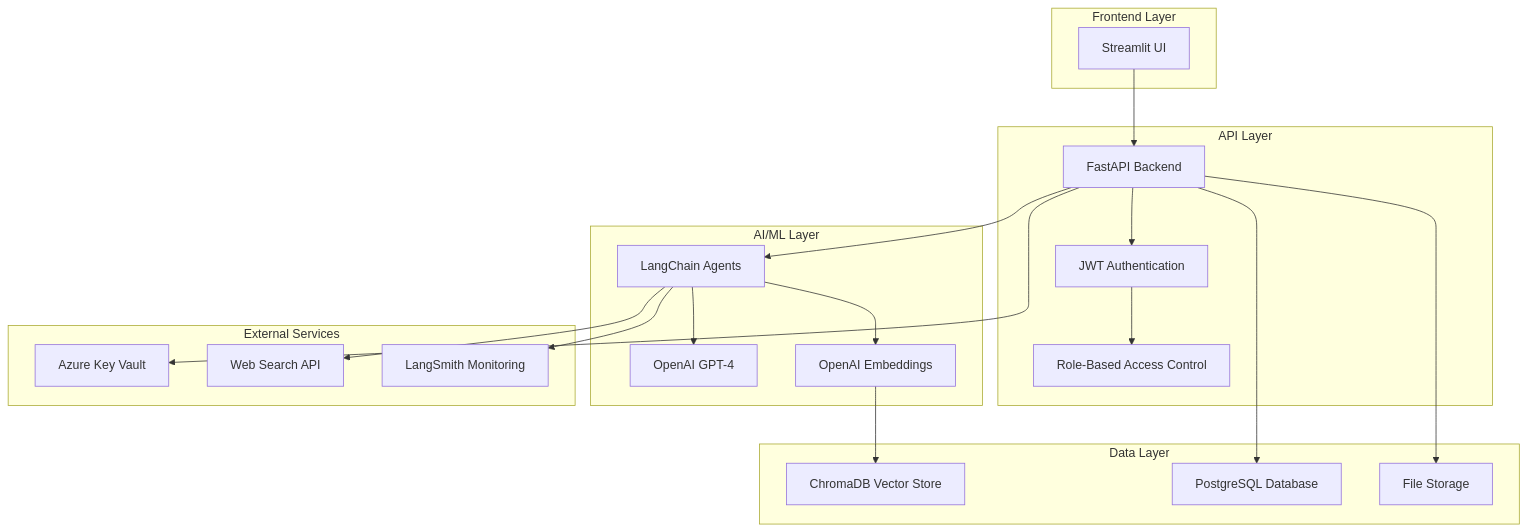
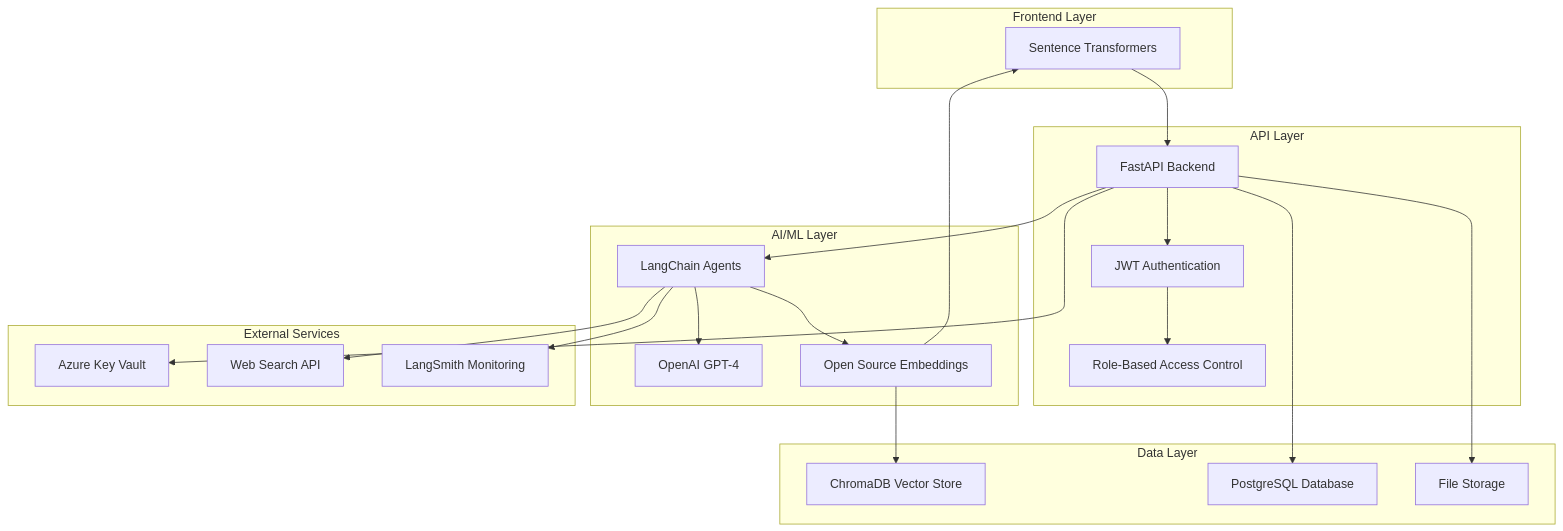
Before and after one commit to Srujankatukam/AI-Powered-Role-Based-Knowledge-Assistant: the diagram in README.md, drawn with Mermaid. The commit also changed other lines of this file and 13 other files, not shown here.

First line of the commit message:
feat: Implement open-source embeddings and admin endpoints

````diff
--- a/README.md
+++ b/README.md
@@ -48,43 +49,45 @@
 ```mermaid
 graph TB
     subgraph "Frontend Layer"
         ST[Streamlit UI]
     end
     
     subgraph "API Layer"
         FA[FastAPI Backend]
         AUTH[JWT Authentication]
         RBAC[Role-Based Access Control]
     end
     
     subgraph "AI/ML Layer"
         LC[LangChain Agents]
         OAI[OpenAI GPT-4]
-        EMB[OpenAI Embeddings]
+        EMB[Open Source Embeddings]
+        ST[Sentence Transformers]
     end
     
     subgraph "Data Layer"
         VDB[ChromaDB Vector Store]
         PG[PostgreSQL Database]
         FS[File Storage]
     end
     
     subgraph "External Services"
         AKV[Azure Key Vault]
         WS[Web Search API]
         LS[LangSmith Monitoring]
     end
     
     ST --> FA
     FA --> AUTH
     AUTH --> RBAC
     FA --> LC
     LC --> OAI
     LC --> EMB
+    EMB --> ST
     LC --> WS
     EMB --> VDB
     FA --> PG
     FA --> FS
     FA --> AKV
     LC --> LS
 ```
````
